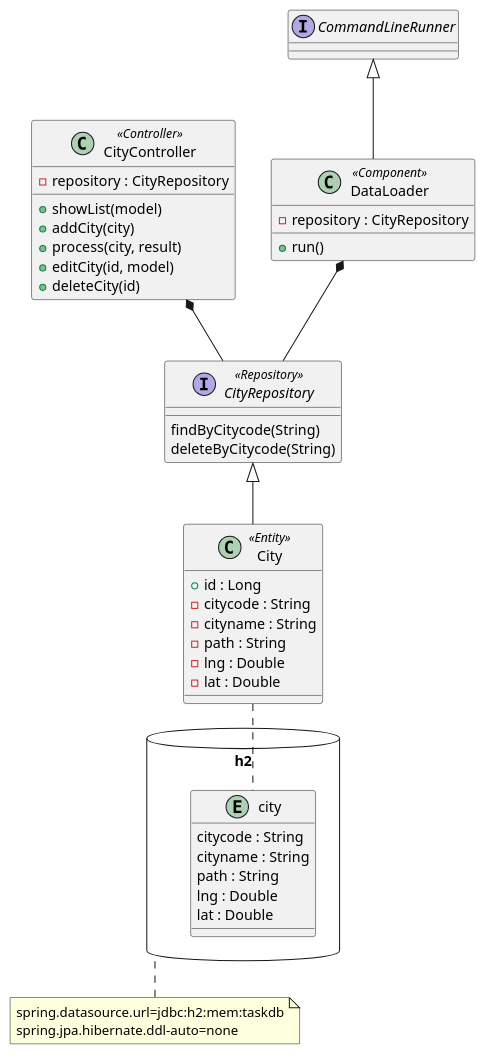
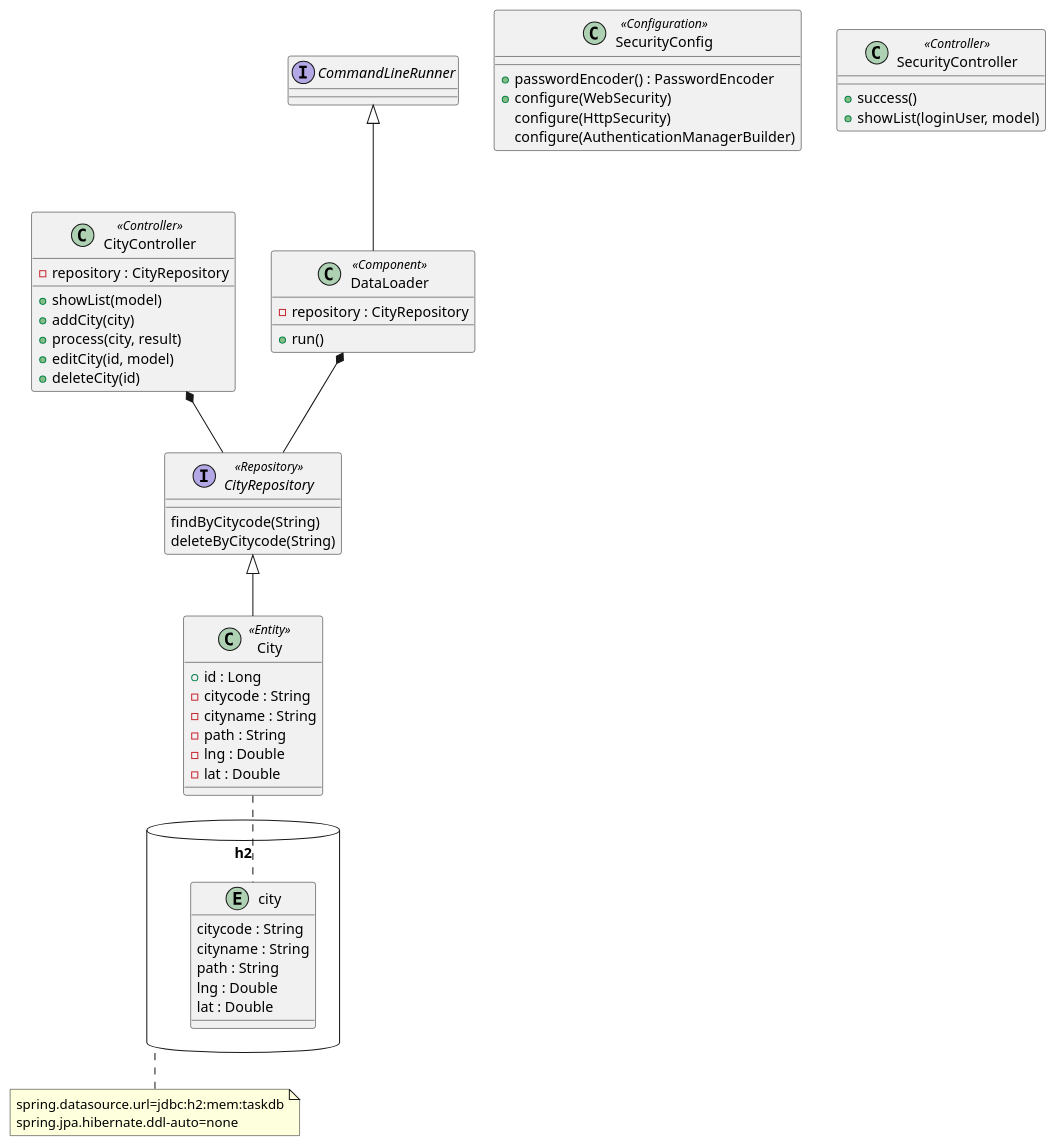
The diagram in class.pu (yuuhayashi/task-bldg), drawn with PlantUML before and after one commit. The commit also changed 21 other files, not shown here.

```diff
--- a/class.pu
+++ b/class.pu
@@ -1,50 +1,62 @@
 @startuml
 
 database "h2" as db {
 	entity city {
 		citycode : String
 		cityname : String
 		path : String
 		lng : Double
 		lat : Double
 	}
 }
 note bottom of db : spring.datasource.url=jdbc:h2:mem:taskdb\nspring.jpa.hibernate.ddl-auto=none
+
+class SecurityConfig <<Configuration>> {
+	+ passwordEncoder() : PasswordEncoder
+	+ configure(WebSecurity)
+	configure(HttpSecurity)
+	configure(AuthenticationManagerBuilder)
+}
+
+class SecurityController <<Controller>> {
+  + success()
+  + showList(loginUser, model)
+}
 
 class City <<Entity>> {
   + id : Long
   - citycode : String
   - cityname : String
   - path : String
   - lng : Double
   - lat : Double
 }
 City .. city
 
 interface CityRepository <<Repository>> {
 	findByCitycode(String)
 	deleteByCitycode(String)
 }
 
 class CityController <<Controller>> {
   - repository : CityRepository
   + showList(model)
   + addCity(city)
   + process(city, result)
   + editCity(id, model)
   + deleteCity(id)
 }
 
 interface CommandLineRunner
 
 class DataLoader <<Component>> {
   - repository : CityRepository
   + run()
 }
 
 CityRepository <|-- City
 DataLoader *-- CityRepository
 CommandLineRunner <|-- DataLoader
 
 CityController *-- CityRepository
 @enduml
```
